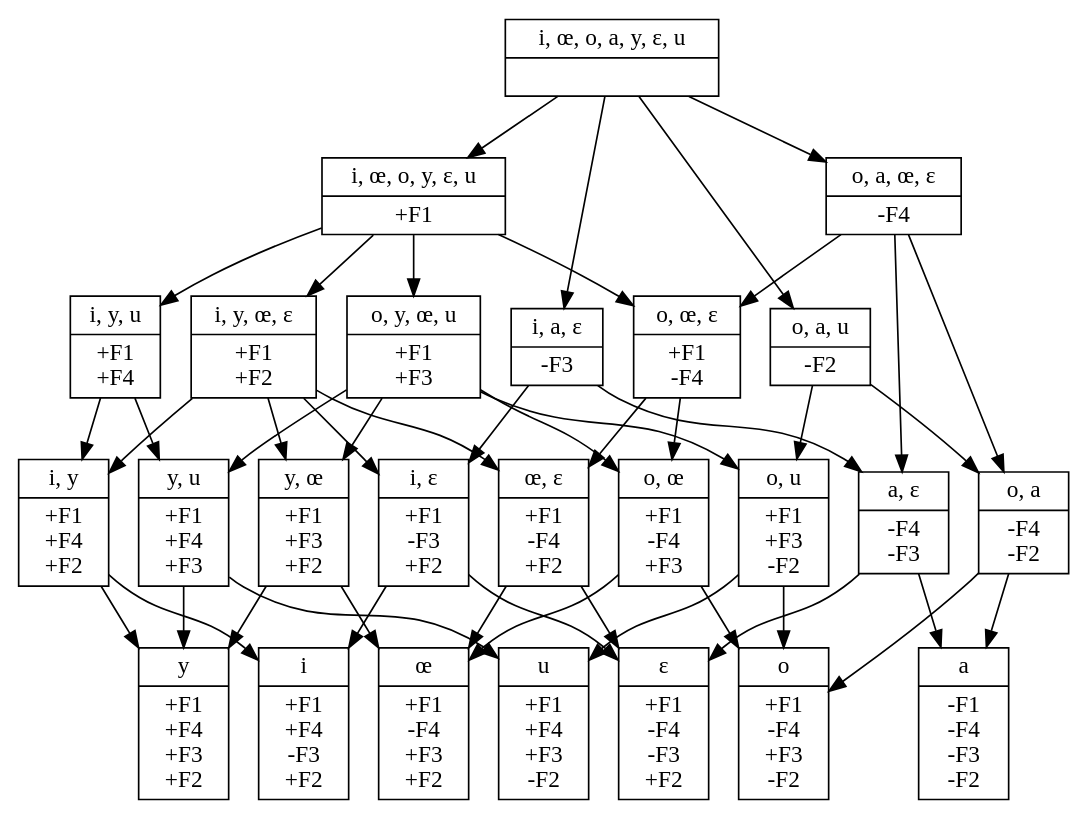
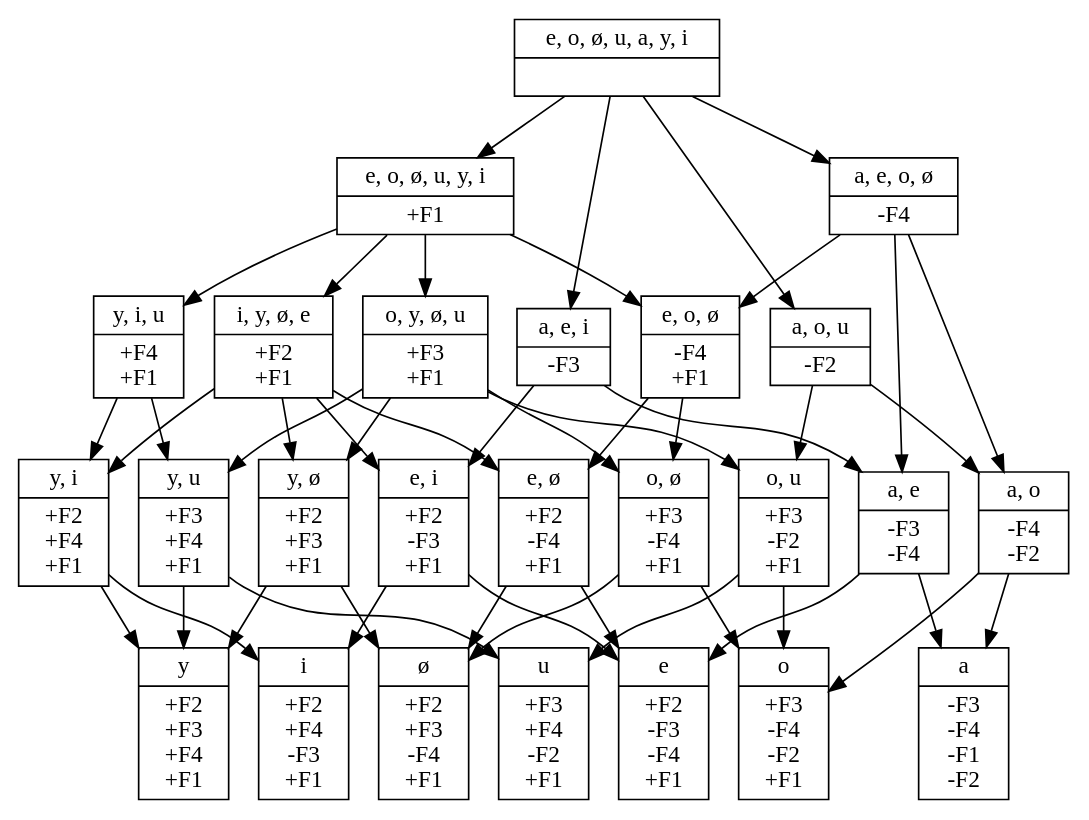
One commit to rdaland/Pheatures changed the diagram in Featurizer/feats_output/paper_vowels_full.gv. Above: the diagram before and after it, drawn with Graphviz. The commit also changed 72 other files, not shown here.

```diff
--- a/Featurizer/feats_output/paper_vowels_full.gv
+++ b/Featurizer/feats_output/paper_vowels_full.gv
@@ -1,30 +1,30 @@
 // None
 digraph {
-	0 [label="{<segs> i, œ, o, a, y, ɛ, u |<feats>  }",shape=record]
-	1 [label="{<segs> i, œ, o, y, ɛ, u |<feats> +F1 }",shape=record]
-	2 [label="{<segs> i, y, œ, ɛ |<feats> +F1\n+F2 }",shape=record]
-	3 [label="{<segs> o, y, œ, u |<feats> +F1\n+F3 }",shape=record]
-	4 [label="{<segs> i, y, u |<feats> +F1\n+F4 }",shape=record]
-	5 [label="{<segs> i |<feats> +F1\n+F4\n-F3\n+F2 }",shape=record]
-	6 [label="{<segs> y |<feats> +F1\n+F4\n+F3\n+F2 }",shape=record]
-	7 [label="{<segs> u |<feats> +F1\n+F4\n+F3\n-F2 }",shape=record]
-	8 [label="{<segs> ɛ |<feats> +F1\n-F4\n-F3\n+F2 }",shape=record]
-	9 [label="{<segs> œ |<feats> +F1\n-F4\n+F3\n+F2 }",shape=record]
-	10 [label="{<segs> o |<feats> +F1\n-F4\n+F3\n-F2 }",shape=record]
-	11 [label="{<segs> a |<feats> -F1\n-F4\n-F3\n-F2 }",shape=record]
-	12 [label="{<segs> y, œ |<feats> +F1\n+F3\n+F2 }",shape=record]
-	13 [label="{<segs> i, y |<feats> +F1\n+F4\n+F2 }",shape=record]
-	14 [label="{<segs> y, u |<feats> +F1\n+F4\n+F3 }",shape=record]
-	15 [label="{<segs> o, a, u |<feats> -F2 }",shape=record]
-	16 [label="{<segs> i, a, ɛ |<feats> -F3 }",shape=record]
-	17 [label="{<segs> o, a, œ, ɛ |<feats> -F4 }",shape=record]
-	18 [label="{<segs> o, u |<feats> +F1\n+F3\n-F2 }",shape=record]
-	19 [label="{<segs> i, ɛ |<feats> +F1\n-F3\n+F2 }",shape=record]
-	20 [label="{<segs> o, œ, ɛ |<feats> +F1\n-F4 }",shape=record]
-	21 [label="{<segs> œ, ɛ |<feats> +F1\n-F4\n+F2 }",shape=record]
-	22 [label="{<segs> o, œ |<feats> +F1\n-F4\n+F3 }",shape=record]
-	23 [label="{<segs> o, a |<feats> -F4\n-F2 }",shape=record]
-	24 [label="{<segs> a, ɛ |<feats> -F4\n-F3 }",shape=record]
+	0 [label="{<segs> e, o, ø, u, a, y, i |<feats>  }",shape=record]
+	1 [label="{<segs> e, o, ø, u, y, i |<feats> +F1 }",shape=record]
+	2 [label="{<segs> i, y, ø, e |<feats> +F2\n+F1 }",shape=record]
+	3 [label="{<segs> o, y, ø, u |<feats> +F3\n+F1 }",shape=record]
+	4 [label="{<segs> y, i, u |<feats> +F4\n+F1 }",shape=record]
+	5 [label="{<segs> i |<feats> +F2\n+F4\n-F3\n+F1 }",shape=record]
+	6 [label="{<segs> y |<feats> +F2\n+F3\n+F4\n+F1 }",shape=record]
+	7 [label="{<segs> u |<feats> +F3\n+F4\n-F2\n+F1 }",shape=record]
+	8 [label="{<segs> e |<feats> +F2\n-F3\n-F4\n+F1 }",shape=record]
+	9 [label="{<segs> ø |<feats> +F2\n+F3\n-F4\n+F1 }",shape=record]
+	10 [label="{<segs> o |<feats> +F3\n-F4\n-F2\n+F1 }",shape=record]
+	11 [label="{<segs> a |<feats> -F3\n-F4\n-F1\n-F2 }",shape=record]
+	12 [label="{<segs> y, ø |<feats> +F2\n+F3\n+F1 }",shape=record]
+	13 [label="{<segs> y, i |<feats> +F2\n+F4\n+F1 }",shape=record]
+	14 [label="{<segs> y, u |<feats> +F3\n+F4\n+F1 }",shape=record]
+	15 [label="{<segs> a, o, u |<feats> -F2 }",shape=record]
+	16 [label="{<segs> a, e, i |<feats> -F3 }",shape=record]
+	17 [label="{<segs> a, e, o, ø |<feats> -F4 }",shape=record]
+	18 [label="{<segs> o, u |<feats> +F3\n-F2\n+F1 }",shape=record]
+	19 [label="{<segs> e, i |<feats> +F2\n-F3\n+F1 }",shape=record]
+	20 [label="{<segs> e, o, ø |<feats> -F4\n+F1 }",shape=record]
+	21 [label="{<segs> e, ø |<feats> +F2\n-F4\n+F1 }",shape=record]
+	22 [label="{<segs> o, ø |<feats> +F3\n-F4\n+F1 }",shape=record]
+	23 [label="{<segs> a, o |<feats> -F4\n-F2 }",shape=record]
+	24 [label="{<segs> a, e |<feats> -F3\n-F4 }",shape=record]
 	0 -> 1	0 -> 15	0 -> 16	0 -> 17	1 -> 2	1 -> 3	1 -> 4	1 -> 20	2 -> 12	2 -> 13	2 -> 19	2 -> 21	3 -> 12	3 -> 14	3 -> 18	3 -> 22	4 -> 13	4 -> 14	12 -> 6	12 -> 9	13 -> 5	13 -> 6	14 -> 6	14 -> 7	15 -> 18	15 -> 23	16 -> 19	16 -> 24	17 -> 20	17 -> 23	17 -> 24	18 -> 7	18 -> 10	19 -> 5	19 -> 8	20 -> 21	20 -> 22	21 -> 8	21 -> 9	22 -> 9	22 -> 10	23 -> 10	23 -> 11	24 -> 8	24 -> 11
 {rank=same; 5 6 7 8 9 10 11}
 }
```
